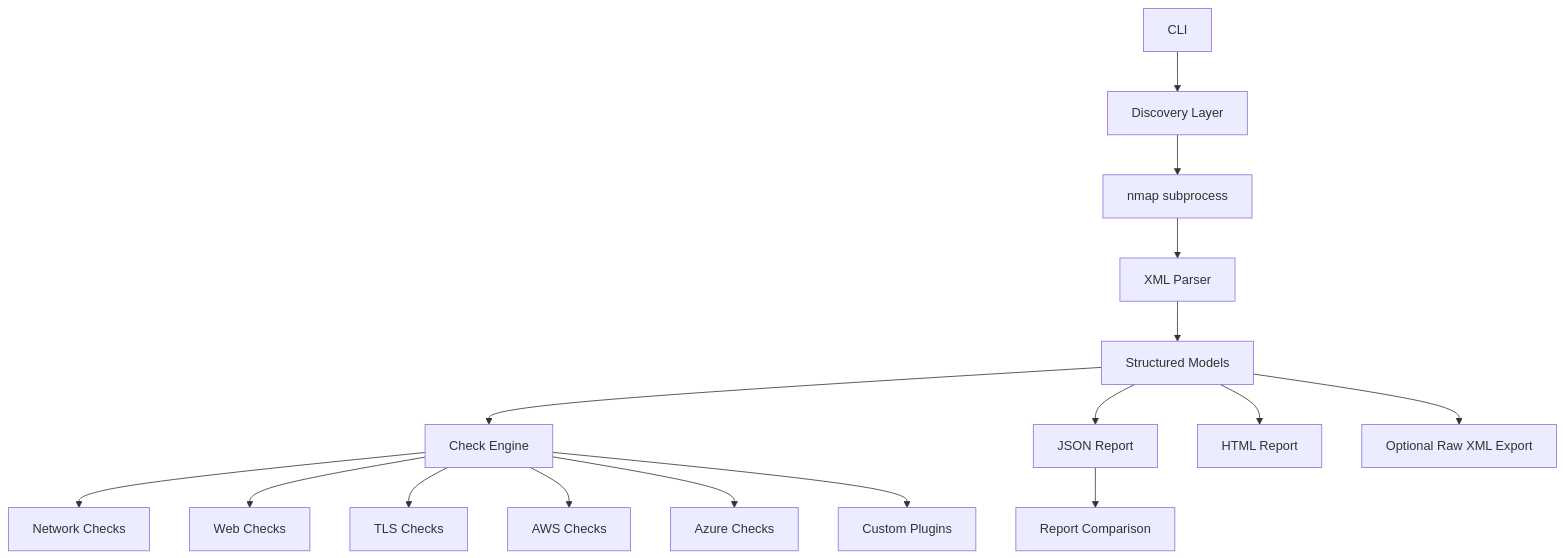
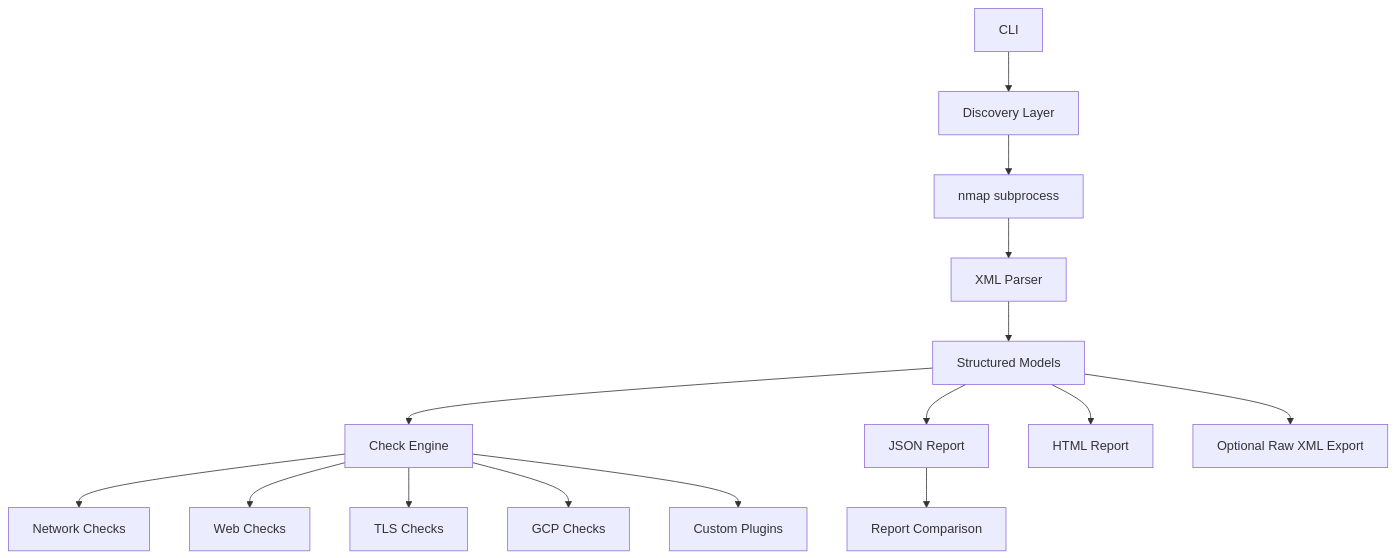
One commit to DawidTrochim/AccuScanner changed the diagram in README.md. Above: the diagram before and after it, drawn with Mermaid. The commit also changed other lines of this file and 16 other files, not shown here.

````diff
--- a/README.md
+++ b/README.md
@@ -119,18 +106,17 @@
 ```mermaid
 flowchart TD
     A[CLI] --> B[Discovery Layer]
     B --> C[nmap subprocess]
     C --> D[XML Parser]
     D --> E[Structured Models]
     E --> F[Check Engine]
     F --> F1[Network Checks]
     F --> F2[Web Checks]
     F --> F3[TLS Checks]
-    F --> F4[AWS Checks]
-    F --> F5[Azure Checks]
-    F --> F6[Custom Plugins]
+    F --> F4[GCP Checks]
+    F --> F5[Custom Plugins]
     E --> G[JSON Report]
     E --> H[HTML Report]
     E --> I[Optional Raw XML Export]
     G --> J[Report Comparison]
 ```
````
